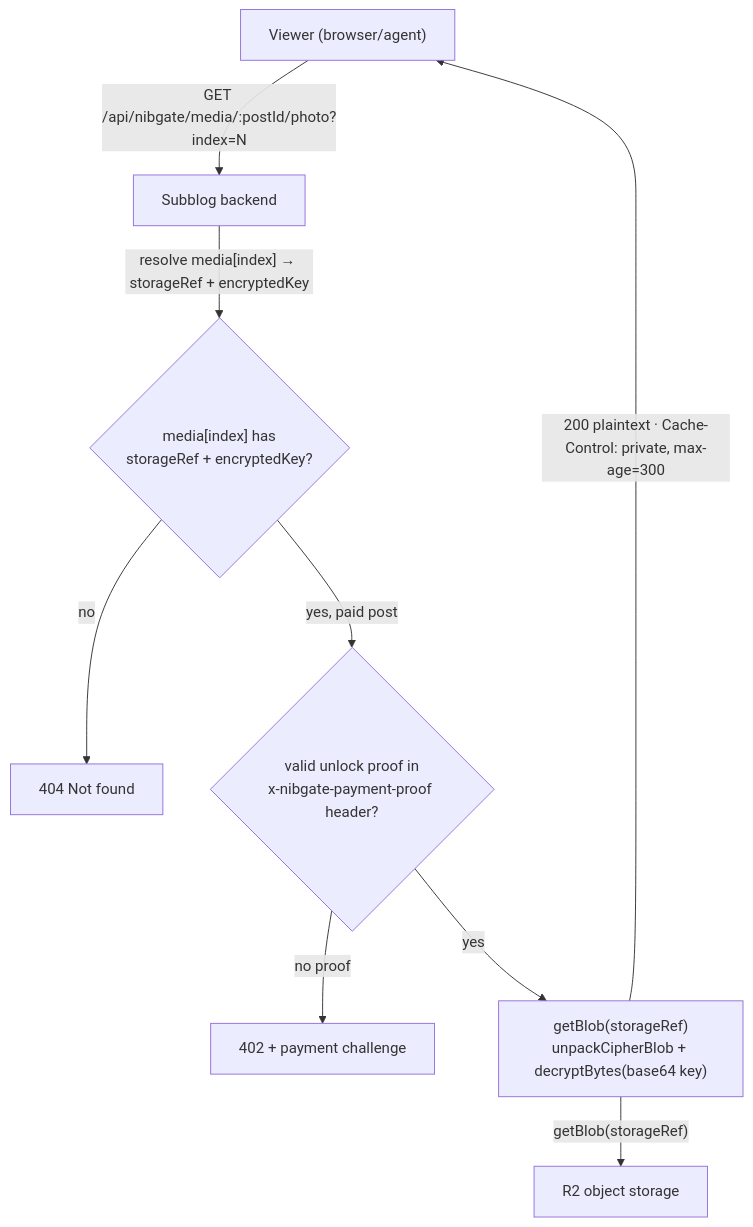
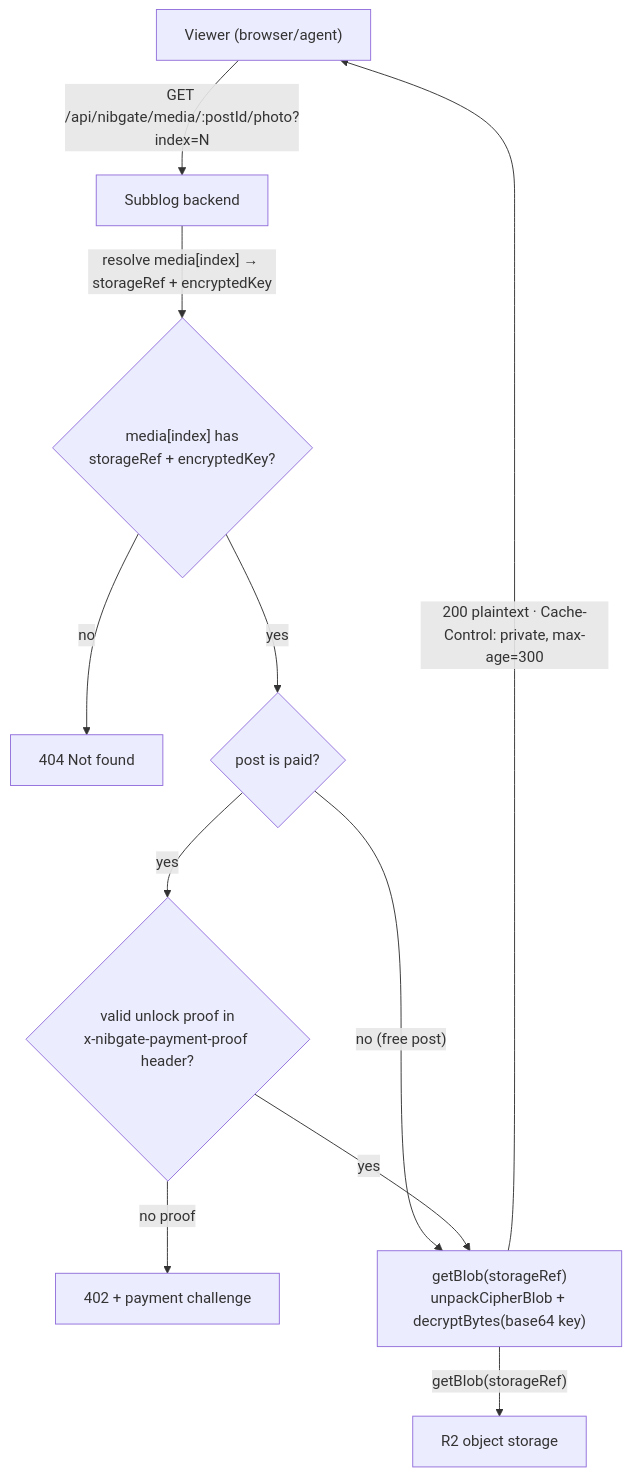
The fourth of 4 diagrams in docs/src/app/encryption/page.mdx (fortunesayspump/nibgate), drawn with Mermaid before and after one commit. The commit also changed other lines of this file and 116 other files, not shown here.

````diff
--- a/docs/src/app/encryption/page.mdx
+++ b/docs/src/app/encryption/page.mdx
@@ -135,20 +148,23 @@
 ```mermaid
 flowchart TD
     V["Viewer (browser/agent)"]
     B["Subblog backend"]
     R["R2 object storage"]
     M{"media[index] has<br/>storageRef + encryptedKey?"}
     N["404 Not found"]
+    P{"post is paid?"}
     U{"valid unlock proof in<br/>x-nibgate-payment-proof header?"}
     CH["402 + payment challenge"]
     G["getBlob(storageRef)<br/>unpackCipherBlob + decryptBytes(base64 key)"]
 
     V -->|"GET /api/nibgate/media/:postId/photo?index=N"| B
     B -->|"resolve media[index] → storageRef + encryptedKey"| M
     M -- no --> N
-    M -- yes, paid post --> U
+    M -- yes --> P
+    P -- no (free post) --> G
+    P -- yes --> U
     U -- no proof --> CH
     U -- yes --> G
     G -->|"getBlob(storageRef)"| R
     G -->|"200 plaintext · Cache-Control: private, max-age=300"| V
 ```
````
